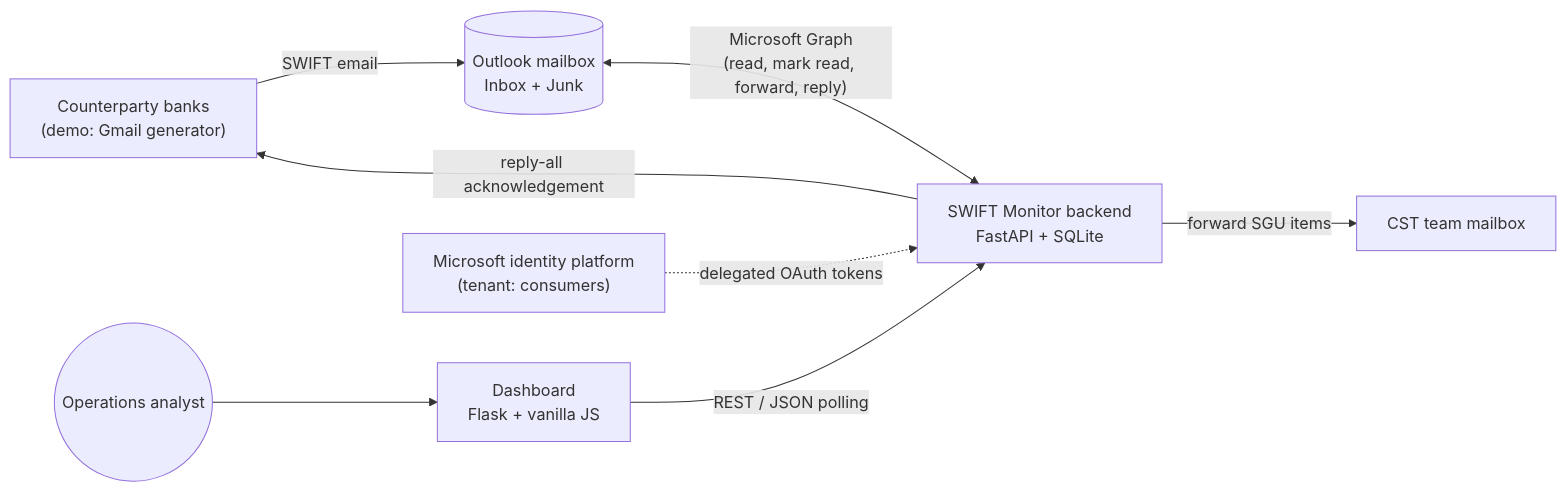
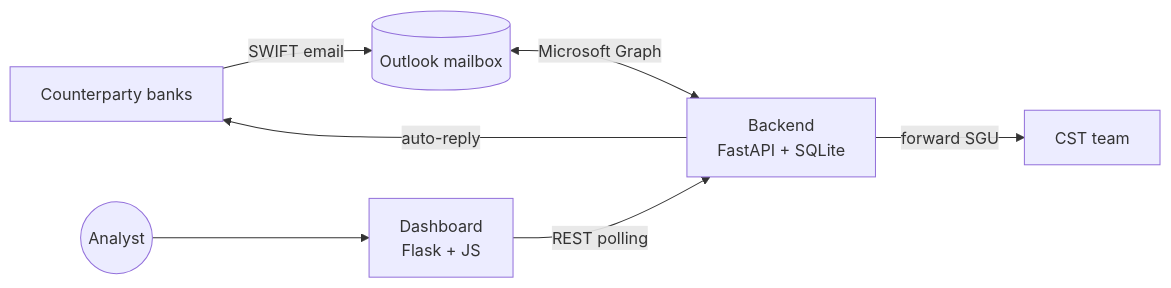
One commit to shreyapalavalli/swift-mailbox-monitor changed the first of 3 diagrams in docs/architecture/solution-architecture.md. Above: the diagram before and after it, drawn with Mermaid. The commit also changed other lines of this file, not shown here.

Commit message:
docs: condense solution architecture; simple tables that render everywhere

````diff
--- a/docs/architecture/solution-architecture.md
+++ b/docs/architecture/solution-architecture.md
@@ -36,10 +15,9 @@
 ```mermaid
 flowchart LR
-    Sender["Counterparty banks<br/>(demo: Gmail generator)"] -- SWIFT email --> Mailbox[("Outlook mailbox<br/>Inbox + Junk")]
-    Mailbox <-- "Microsoft Graph<br/>(read, mark read, forward, reply)" --> Backend["SWIFT Monitor backend<br/>FastAPI + SQLite"]
-    Backend -- forward SGU items --> CST["CST team mailbox"]
-    Backend -- reply-all acknowledgement --> Sender
-    Frontend["Dashboard<br/>Flask + vanilla JS"] -- "REST / JSON polling" --> Backend
-    Analyst(("Operations analyst")) --> Frontend
-    Entra["Microsoft identity platform<br/>(tenant: consumers)"] -. delegated OAuth tokens .-> Backend
+    Banks["Counterparty banks"] -- SWIFT email --> Mailbox[("Outlook mailbox")]
+    Mailbox <-- Microsoft Graph --> Backend["Backend<br/>FastAPI + SQLite"]
+    Backend -- forward SGU --> CST["CST team"]
+    Backend -- auto-reply --> Banks
+    Dashboard["Dashboard<br/>Flask + JS"] -- REST polling --> Backend
+    Analyst(("Analyst")) --> Dashboard
 ```
````
